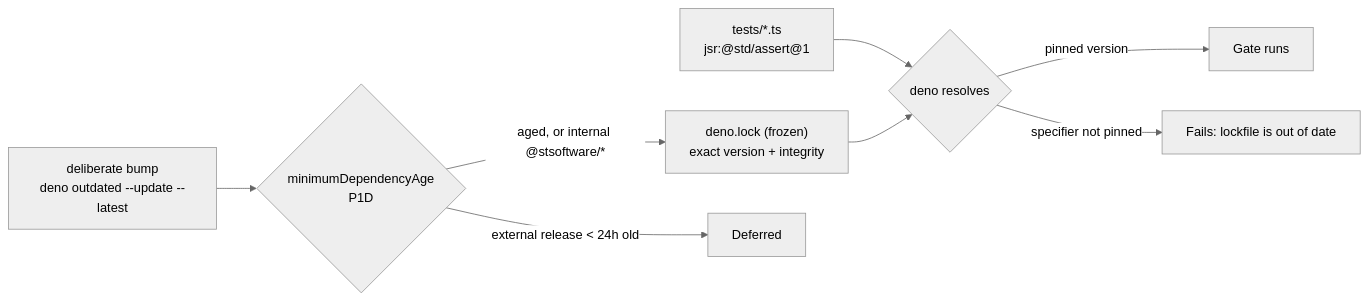
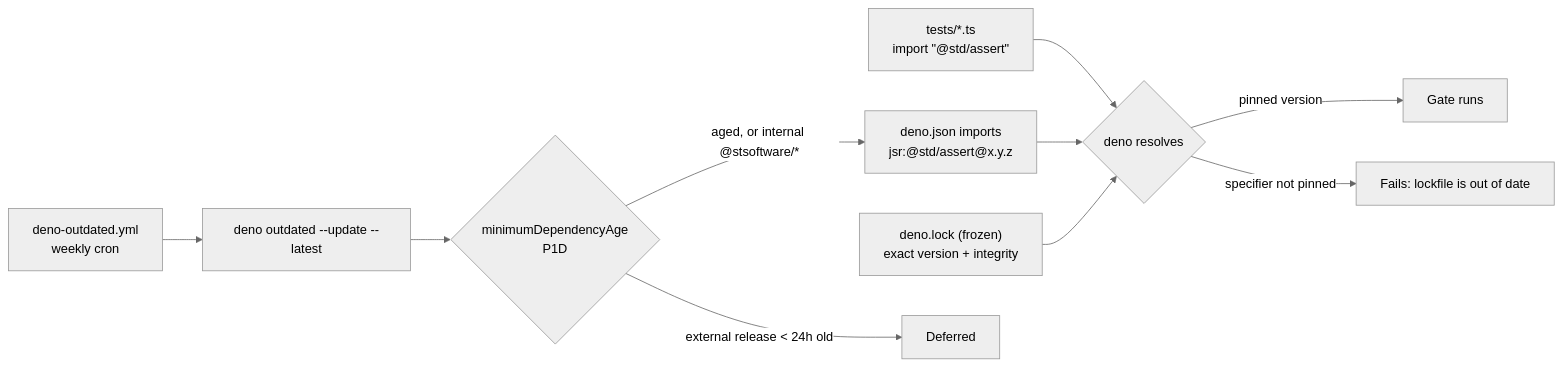
Before and after one commit to stSoftwareAU/NEAT-AI-core: diagram 25 of 26 in README.md, drawn with Mermaid (neutral theme). The commit also changed other lines of this file and 17 other files, not shown here.

First line of the commit message:
Add Deno Dependency Updates workflow (Issue #646) (#656)

````diff
--- a/README.md
+++ b/README.md
@@ -1636,10 +1654,12 @@
 ```mermaid
 flowchart LR
-    Src["tests/*.ts<br/>jsr:@std/assert@1"] --> Res{deno resolves}
+    Src["tests/*.ts<br/>import &quot;@std/assert&quot;"] --> Res{deno resolves}
+    Map["deno.json imports<br/>jsr:@std/assert@x.y.z"] --> Res
     Lock["deno.lock (frozen)<br/>exact version + integrity"] --> Res
     Res -->|pinned version| Pass[Gate runs]
     Res -->|specifier not pinned| Fail["Fails: lockfile is out of date"]
-    Bump["deliberate bump<br/>deno outdated --update --latest"] --> Age{"minimumDependencyAge<br/>P1D"}
+    Cron["deno-outdated.yml<br/>weekly cron"] --> Bump["deno outdated --update --latest"]
+    Bump --> Age{"minimumDependencyAge<br/>P1D"}
     Age -->|"external release &lt; 24h old"| Defer[Deferred]
-    Age -->|"aged, or internal @stsoftware/*"| Lock
+    Age -->|"aged, or internal @stsoftware/*"| Map
 ```
````
